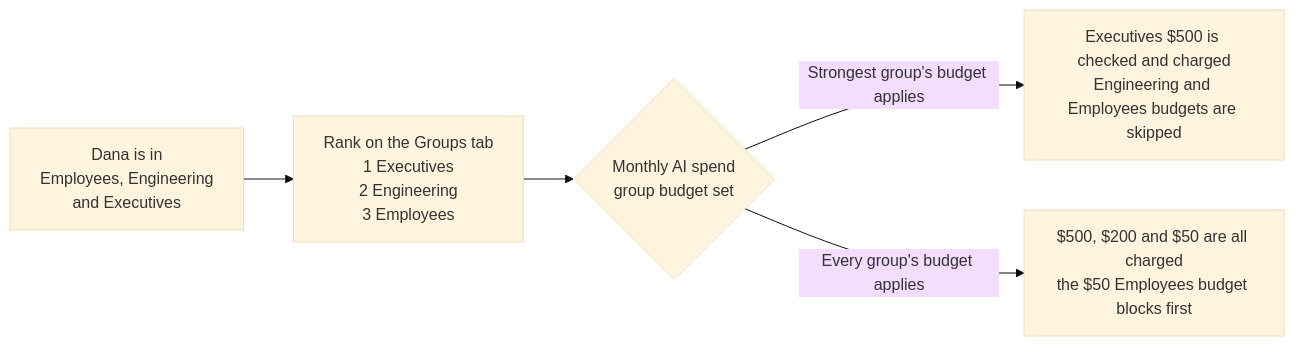
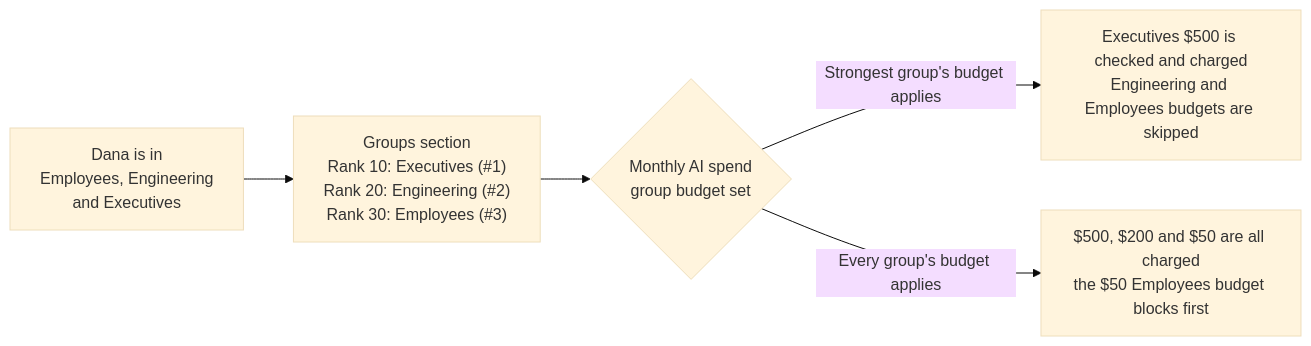
One commit to quilrai/docs changed the diagram in docs/llm-gateway/cost-and-traffic/rate-token-and-budget-limits.md. Above: the diagram before and after it, drawn with Mermaid (base theme). The commit also changed other lines of this file and 5 other files, not shown here.

````diff
--- a/docs/llm-gateway/cost-and-traffic/rate-token-and-budget-limits.md
+++ b/docs/llm-gateway/cost-and-traffic/rate-token-and-budget-limits.md
@@ -108,7 +108,7 @@
 ```mermaid
 flowchart LR
-    P["Dana is in<br/>Employees, Engineering<br/>and Executives"] --> R["Rank on the Groups tab<br/>1 Executives<br/>2 Engineering<br/>3 Employees"]
+    P["Dana is in<br/>Employees, Engineering<br/>and Executives"] --> R["Groups section<br/>Rank 10: Executives (#1)<br/>Rank 20: Engineering (#2)<br/>Rank 30: Employees (#3)"]
     R --> Q{"Monthly AI spend<br/>group budget set"}
     Q -->|"Strongest group's budget applies"| S["Executives $500 is checked and charged<br/>Engineering and Employees budgets are skipped"]
     Q -->|"Every group's budget applies"| T["$500, $200 and $50 are all charged<br/>the $50 Employees budget blocks first"]
 ```
````
